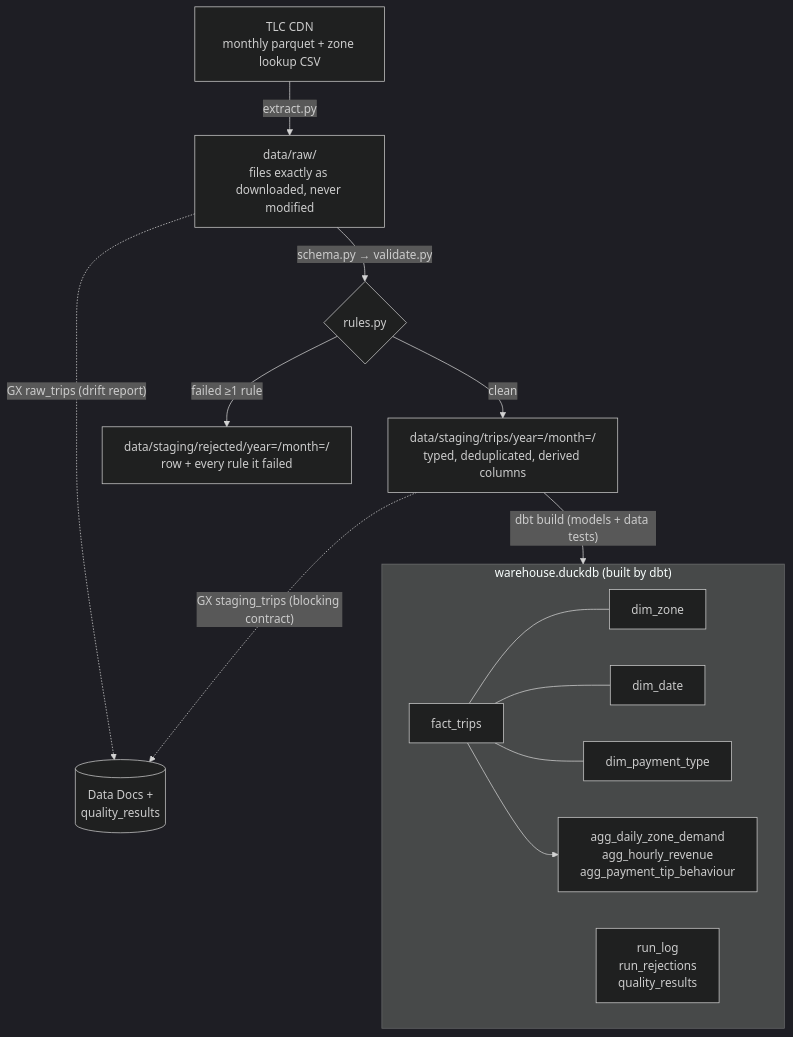
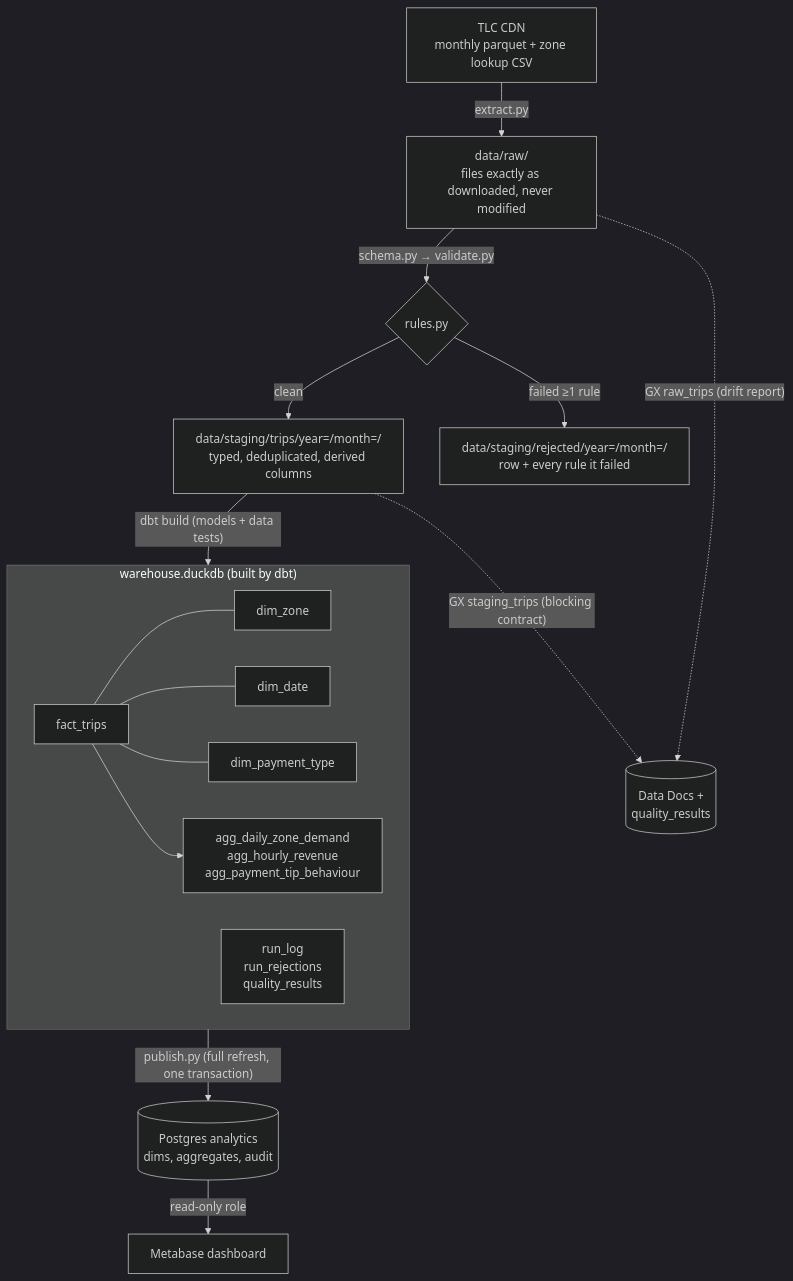
The first of 3 diagrams in README.md (Emmanuel-Esplin/nyc-taxi-pipeline), drawn with Mermaid (dark theme) before and after one commit. The commit also changed other lines of this file and 4 other files, not shown here.

````diff
--- a/README.md
+++ b/README.md
@@ -19,18 +22,20 @@
 ```mermaid
 flowchart TD
     SRC["TLC CDN<br/>monthly parquet + zone lookup CSV"] -->|extract.py| RAW
     RAW["data/raw/<br/>files exactly as downloaded, never modified"] -->|"schema.py → validate.py"| SPLIT{rules.py}
     RAW -.->|"GX raw_trips (drift report)"| GX[(Data Docs +<br/>quality_results)]
     SPLIT -->|clean| STG["data/staging/trips/year=/month=/<br/>typed, deduplicated, derived columns"]
     SPLIT -->|failed ≥1 rule| REJ["data/staging/rejected/year=/month=/<br/>row + every rule it failed"]
     STG -.->|"GX staging_trips (blocking contract)"| GX
     STG -->|"dbt build (models + data tests)"| WH
     subgraph WH["warehouse.duckdb (built by dbt)"]
         direction LR
         F[fact_trips] --- D1[dim_zone]
         F --- D2[dim_date]
         F --- D3[dim_payment_type]
         F --> A["agg_daily_zone_demand<br/>agg_hourly_revenue<br/>agg_payment_tip_behaviour"]
         L["run_log<br/>run_rejections<br/>quality_results"]
     end
+    WH -->|"publish.py (full refresh, one transaction)"| PG[("Postgres analytics<br/>dims, aggregates, audit")]
+    PG -->|read-only role| MB[Metabase dashboard]
 ```
````
